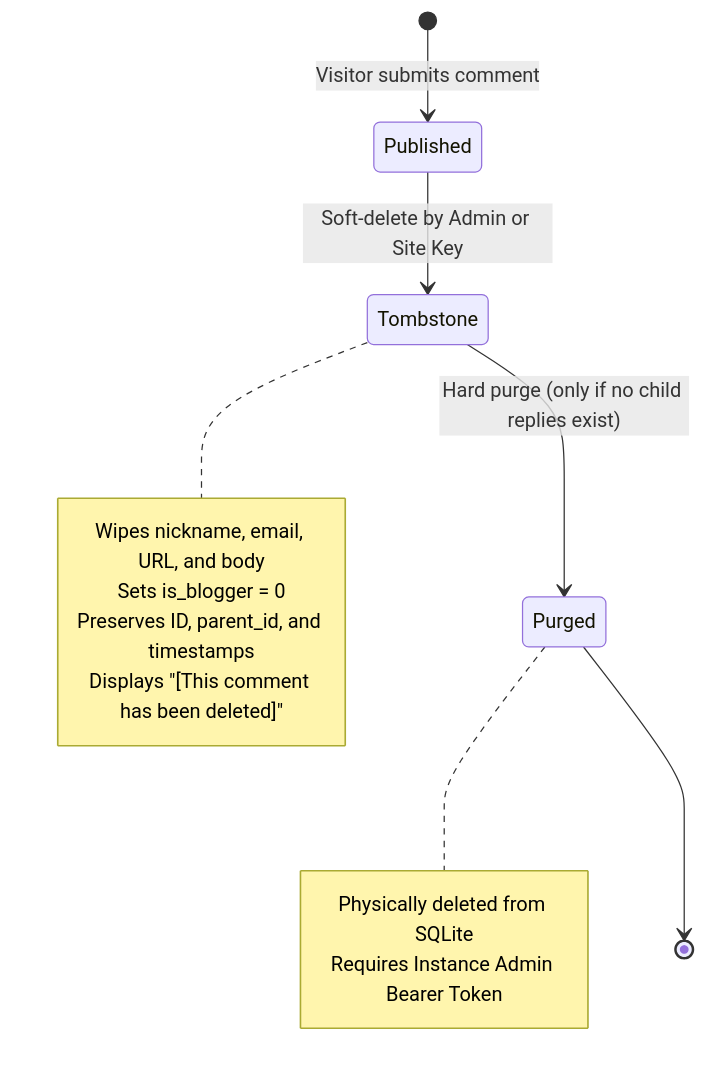
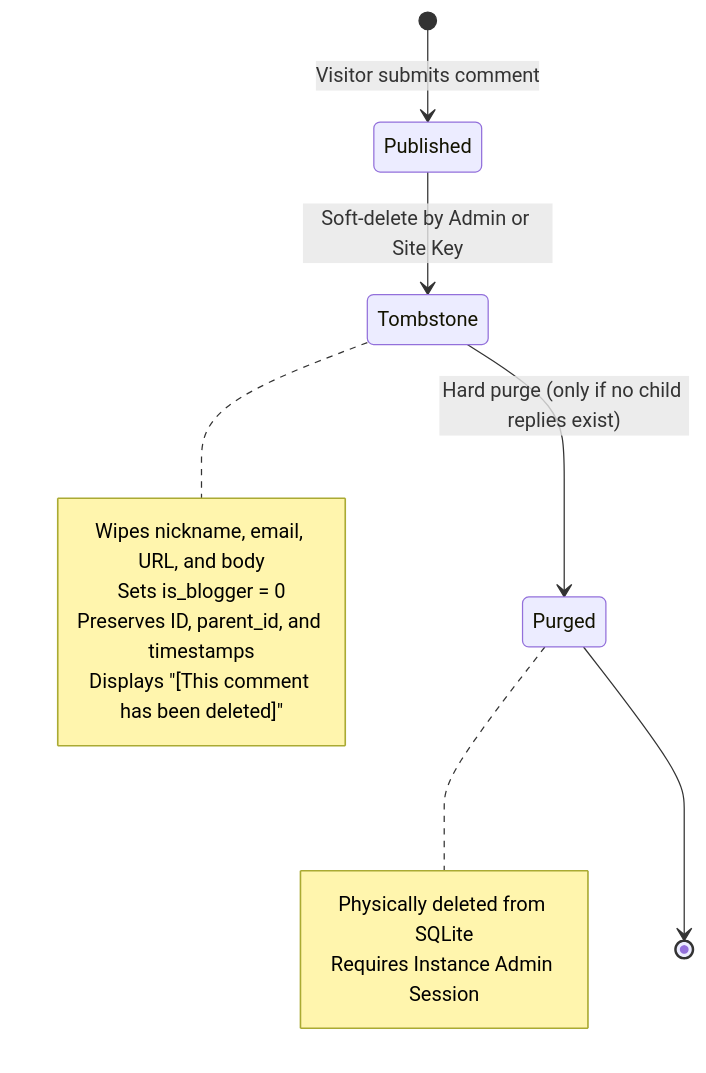
The second of 4 diagrams in docs/en/guide/concepts.md (DejavuMoe/Ecoku), drawn with Mermaid before and after one commit. The commit also changed other lines of this file and 76 other files, not shown here.

````diff
--- a/docs/en/guide/concepts.md
+++ b/docs/en/guide/concepts.md
@@ -41,17 +41,17 @@
 ```mermaid
 stateDiagram-v2
     [*] --> Published: Visitor submits comment
     Published --> Tombstone: Soft-delete by Admin or Site Key
     note right of Tombstone
       Wipes nickname, email, URL, and body
       Sets is_blogger = 0
       Preserves ID, parent_id, and timestamps
       Displays "[This comment has been deleted]"
     end note
     Tombstone --> Purged: Hard purge (only if no child replies exist)
     note right of Purged
       Physically deleted from SQLite
-      Requires Instance Admin Bearer Token
+      Requires Instance Admin Session
     end note
     Purged --> [*]
 ```
````
